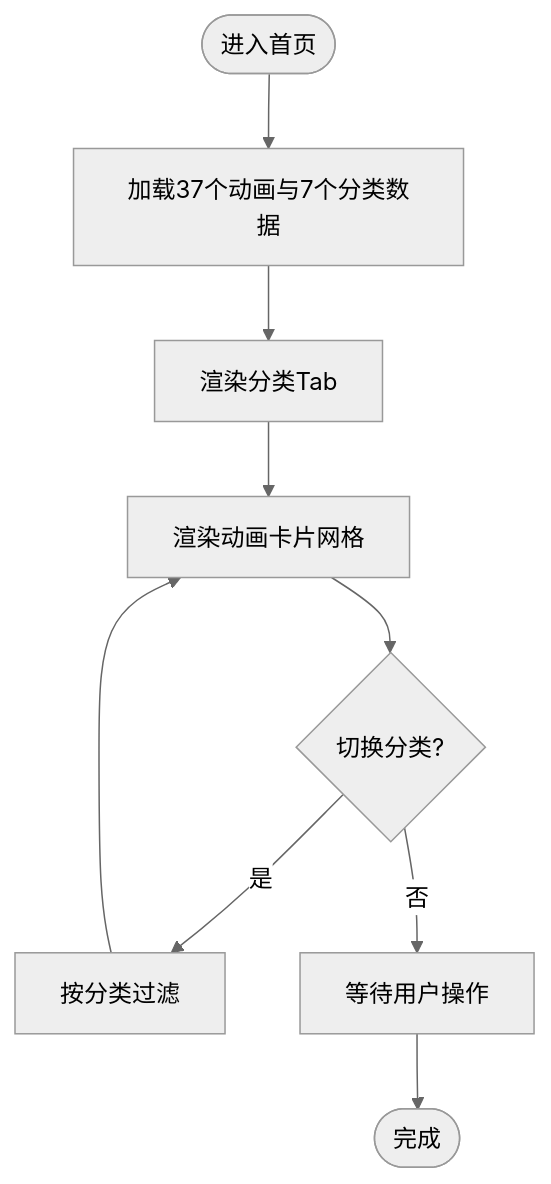
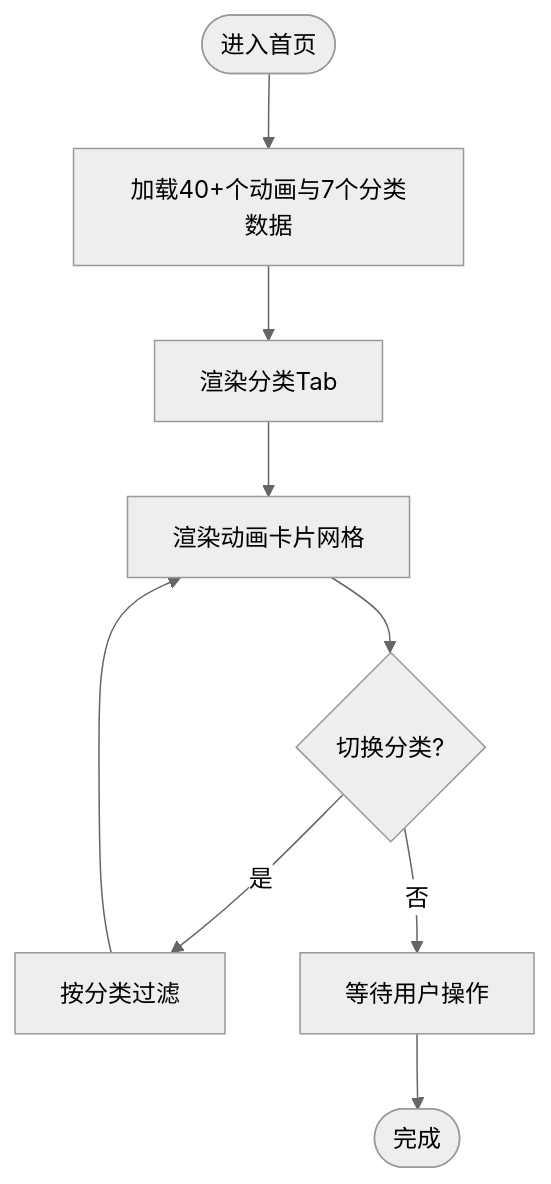
The fifth of 14 diagrams in .qoder/repowiki/zh/content/动画系统/动画系统.md (yuyezhizhi/yuyezhizhi.github.io), drawn with Mermaid (neutral theme) before and after one commit. The commit also changed other lines of this file and 10 other files, not shown here.

````diff
--- a/.qoder/repowiki/zh/content/动画系统/动画系统.md
+++ b/.qoder/repowiki/zh/content/动画系统/动画系统.md
@@ -180,11 +191,11 @@
 ```mermaid
 flowchart TD
-Start(["进入首页"]) --> LoadData["加载37个动画与7个分类数据"]
+Start(["进入首页"]) --> LoadData["加载40+个动画与7个分类数据"]
 LoadData --> RenderTabs["渲染分类Tab"]
 RenderTabs --> RenderCards["渲染动画卡片网格"]
 RenderCards --> Filter{"切换分类?"}
 Filter --> |是| ApplyFilter["按分类过滤"]
 ApplyFilter --> RenderCards
 Filter --> |否| Wait["等待用户操作"]
 Wait --> End(["完成"])
 ```
````
